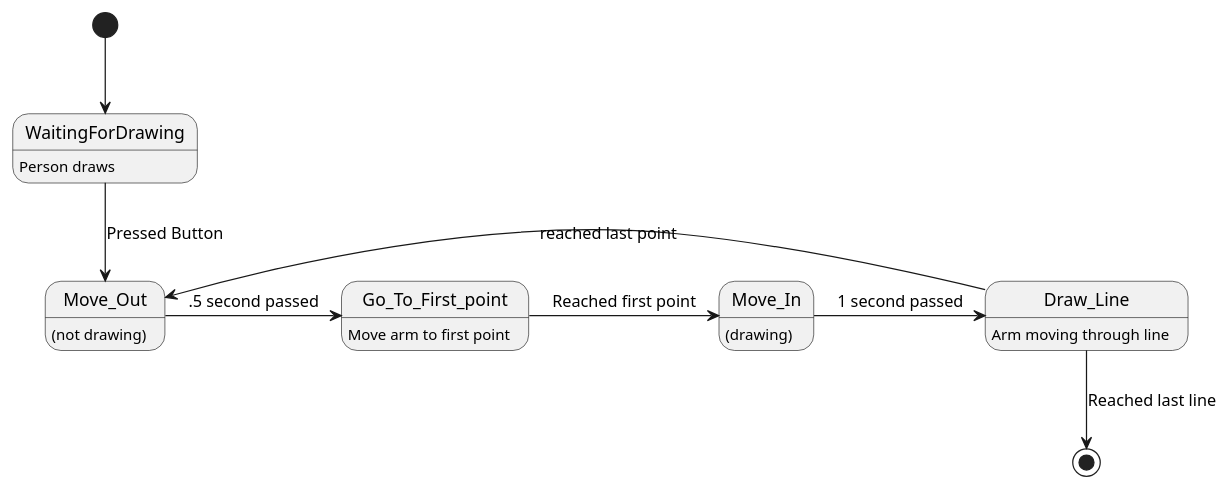
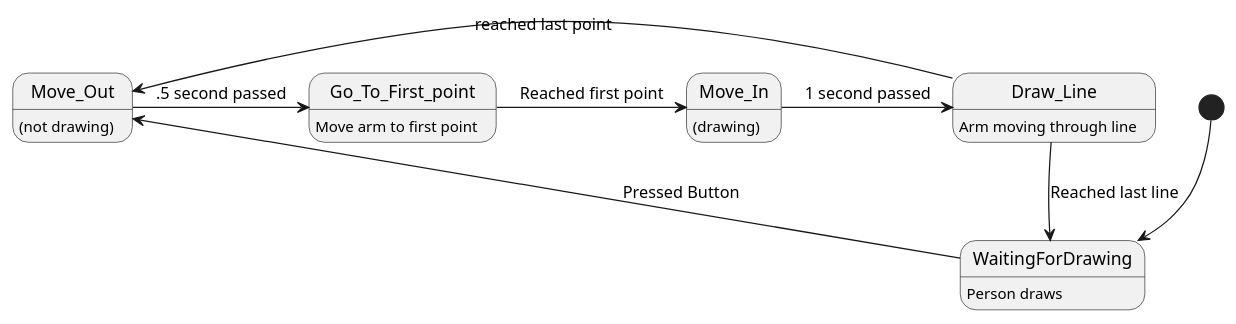
One commit to WisconsinRobotics/WRoverSoftware changed the diagram in src/position_control/state_machine.puml. Above: the diagram before and after it, drawn with PlantUML.

Commit message:
Changing the state machine

```diff
--- a/src/position_control/state_machine.puml
+++ b/src/position_control/state_machine.puml
@@ -2,14 +2,14 @@
 @startuml Arm Drawing
 [*] --> WaitingForDrawing
 WaitingForDrawing: Person draws
 Move_Out : (not drawing)
 Go_To_First_point : Move arm to first point
 Move_In : (drawing)
 Draw_Line : Arm moving through line
 WaitingForDrawing --> Move_Out : Pressed Button
 Move_Out -> Go_To_First_point : .5 second passed
 Go_To_First_point -> Move_In : Reached first point
 Move_In -> Draw_Line : 1 second passed
 Draw_Line -> Move_Out : reached last point
-Draw_Line --> [*] : Reached last line
+Draw_Line --> WaitingForDrawing : Reached last line
 @enduml
```
